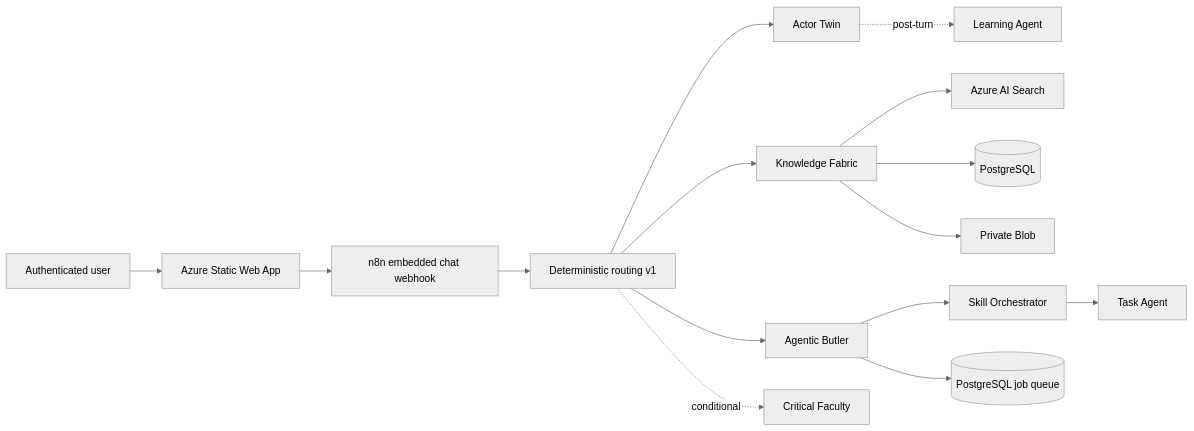
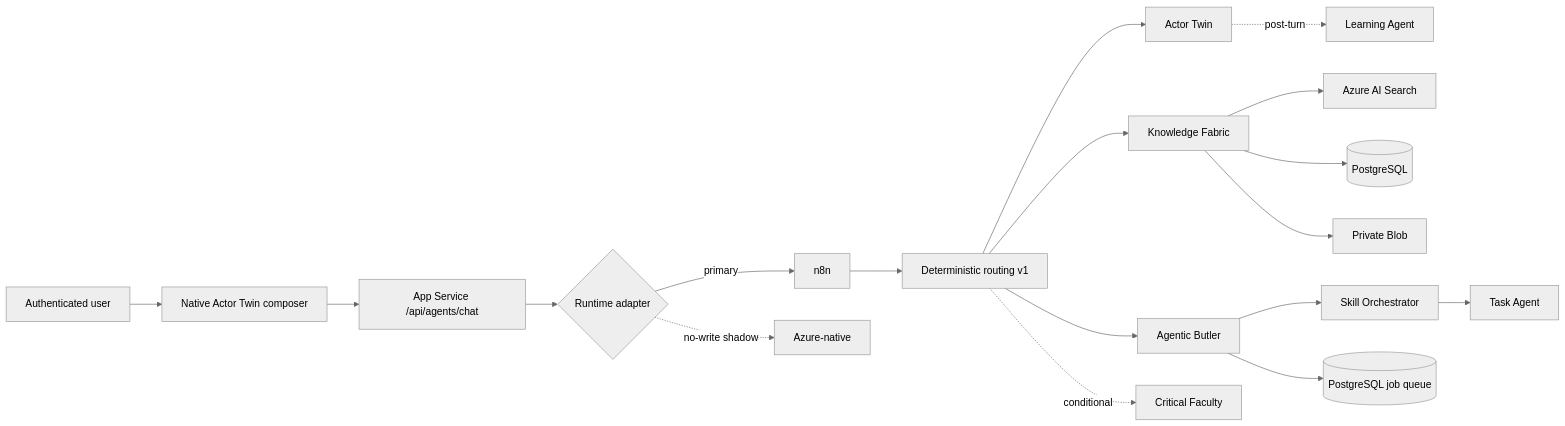
The first of 2 diagrams in docs/production/azure-native-agent-target.md (florianliepe/meids-app), drawn with Mermaid (neutral theme) before and after one commit. The commit also changed other lines of this file and 1 other file, not shown here.

Commit message:
docs: record Azure-native production cutover

````diff
--- a/docs/production/azure-native-agent-target.md
+++ b/docs/production/azure-native-agent-target.md
@@ -7,17 +7,20 @@
 ```mermaid
 flowchart LR
-  U[Authenticated user] --> F[Azure Static Web App]
-  F --> N[n8n embedded chat webhook]
+  U[Authenticated user] --> F[Native Actor Twin composer]
+  F --> API[App Service /api/agents/chat]
+  API --> AD{Runtime adapter}
+  AD -->|primary| N[n8n]
+  AD -. no-write shadow .-> AZ[Azure-native]
   N --> R[Deterministic routing v1]
   R --> A[Actor Twin]
   R --> K[Knowledge Fabric]
   R --> B[Agentic Butler]
   B --> S[Skill Orchestrator]
   S --> T[Task Agent]
   R -. conditional .-> C[Critical Faculty]
   A -. post-turn .-> L[Learning Agent]
   K --> AS[Azure AI Search]
   K --> PG[(PostgreSQL)]
   K --> BL[Private Blob]
   B --> Q[(PostgreSQL job queue)]
 ```
````
